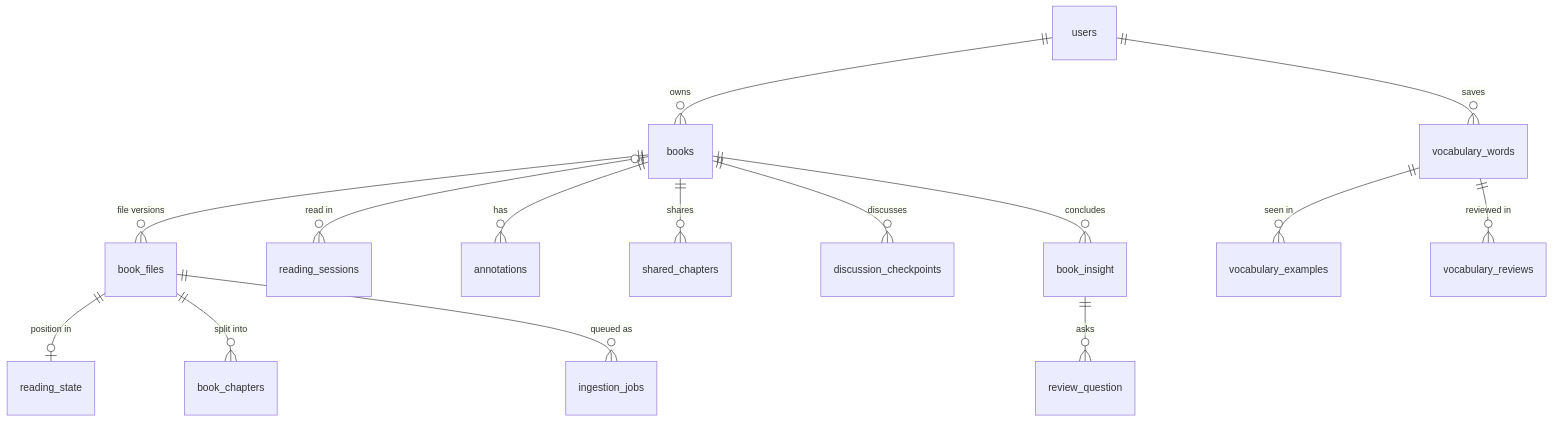
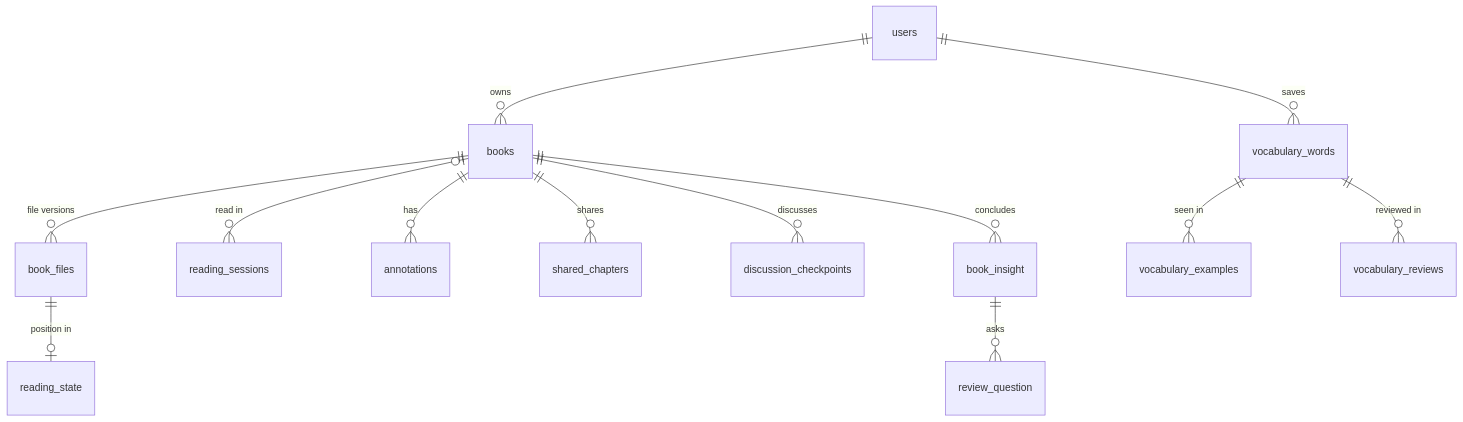
Before and after one commit to mrviduus/textstack: the diagram in docs/architecture/data-model.md, drawn with Mermaid. The commit also changed other lines of this file and 9 other files, not shown here.

First line of the commit message:
feat(data): book_chapters and ingestion_jobs dropped; book_files.toc commented (ADR-033 P5, 3/3) (#1540)

````diff
--- a/docs/architecture/data-model.md
+++ b/docs/architecture/data-model.md
@@ -50,17 +48,15 @@
 ```mermaid
 erDiagram
     users ||--o{ books : owns
     books ||--o{ book_files : "file versions"
     book_files ||--o| reading_state : "position in"
     books |o--o{ reading_sessions : "read in"
     books ||--o{ annotations : has
     users ||--o{ vocabulary_words : saves
     vocabulary_words ||--o{ vocabulary_examples : "seen in"
     vocabulary_words ||--o{ vocabulary_reviews : "reviewed in"
     books ||--o{ shared_chapters : shares
     books ||--o{ discussion_checkpoints : discusses
     books ||--o{ book_insight : concludes
     book_insight ||--o{ review_question : asks
-    book_files ||--o{ book_chapters : "split into"
-    book_files ||--o{ ingestion_jobs : "queued as"
 ```
````
